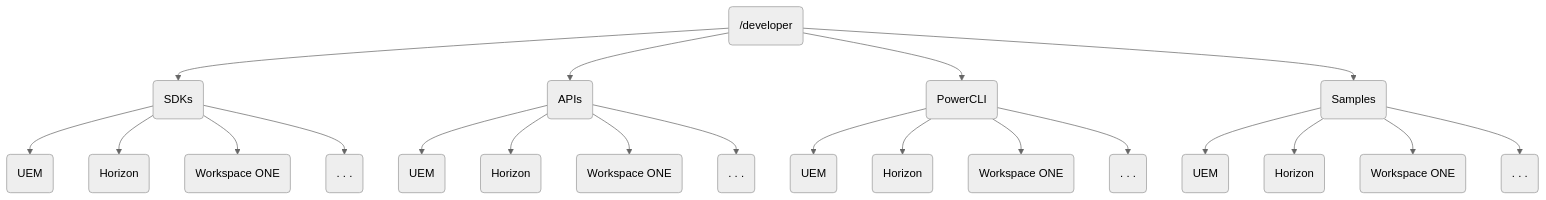
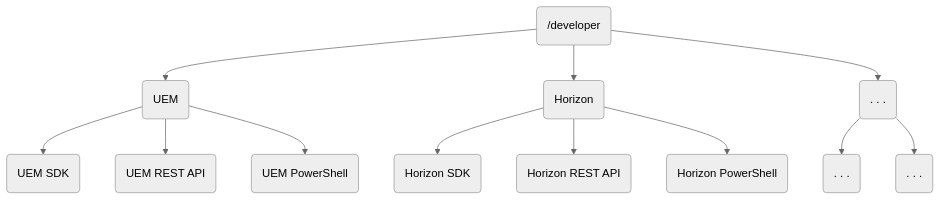
Before and after one commit to rcroft-work/EUCDigitalWorkspace.github.io: diagram 11 of 15 in docs/about/index.md, drawn with Mermaid (neutral theme). The commit also changed other lines of this file and 5 other files, not shown here.

````diff
--- a/docs/about/index.md
+++ b/docs/about/index.md
@@ -68,24 +213,15 @@
 ```mermaid
 graph TD
     C(/developer)
-    C --> D(SDKs)
-    C --> E(APIs)
-    C --> F(PowerCLI)
-    C --> G(Samples)
-    D --> I(UEM)
-    D --> J(Horizon)
-    D --> K(Workspace ONE)
-    D --> M(. . .)
-    E --> N(UEM)
-    E --> O(Horizon)
-    E --> P(Workspace ONE)
-    E --> Q(. . .)
-    F --> R(UEM)
-    F --> S(Horizon)
-    F --> T(Workspace ONE)
-    F --> U(. . .)
-    G --> V(UEM)
-    G --> W(Horizon)
-    G --> X(Workspace ONE)
-    G --> Y(. . .)
+    C --> I(UEM)
+    C --> J(Horizon)
+    C --> M(. . .)
+    I --> N(UEM SDK)
+    I --> O(UEM REST API)
+    I --> P(UEM PowerShell)
+    J --> Q(Horizon SDK)
+    J --> R(Horizon REST API)
+    J --> S(Horizon PowerShell)
+    M --> W(. . .)
+    M --> X(. . .)
 ```
````
